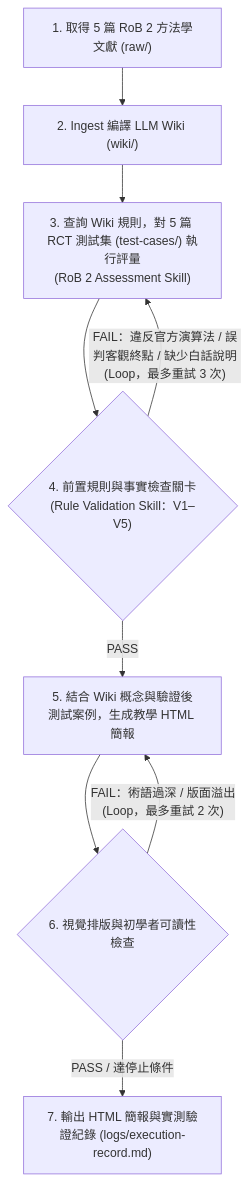
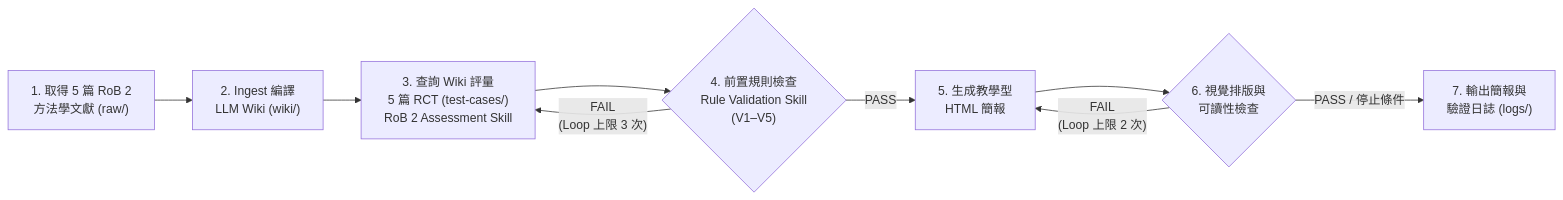
Before and after one commit to fjuhpc00625/rob2-llm-wiki: the diagram in README.md, drawn with Mermaid.

Commit message:
docs: change workflow flowchart in README to horizontal (LR)

````diff
--- a/README.md
+++ b/README.md
@@ -36,11 +36,11 @@
 ```mermaid
-flowchart TD
-    A["1. 取得 5 篇 RoB 2 方法學文獻 (raw/)"] --> B["2. Ingest 編譯 LLM Wiki (wiki/)"]
-    B --> C["3. 查詢 Wiki 規則，對 5 篇 RCT 測試集 (test-cases/) 執行評量<br/>(RoB 2 Assessment Skill)"]
-    C --> D{"4. 前置規則與事實檢查關卡<br/>(Rule Validation Skill：V1–V5)"}
-    D -- "FAIL：違反官方演算法 / 誤判客觀終點 / 缺少白話說明<br/>(Loop，最多重試 3 次)" --> C
-    D -- "PASS" --> E["5. 結合 Wiki 概念與驗證後測試案例，生成教學 HTML 簡報"]
-    E --> F{"6. 視覺排版與初學者可讀性檢查"}
-    F -- "FAIL：術語過深 / 版面溢出<br/>(Loop，最多重試 2 次)" --> E
-    F -- "PASS / 達停止條件" --> G["7. 輸出 HTML 簡報與實測驗證紀錄 (logs/execution-record.md)"]
+flowchart LR
+    A["1. 取得 5 篇 RoB 2<br/>方法學文獻 (raw/)"] --> B["2. Ingest 編譯<br/>LLM Wiki (wiki/)"]
+    B --> C["3. 查詢 Wiki 評量<br/>5 篇 RCT (test-cases/)<br/>RoB 2 Assessment Skill"]
+    C --> D{"4. 前置規則檢查<br/>Rule Validation Skill<br/>(V1–V5)"}
+    D -- "FAIL<br/>(Loop 上限 3 次)" --> C
+    D -- "PASS" --> E["5. 生成教學型<br/>HTML 簡報"]
+    E --> F{"6. 視覺排版與<br/>可讀性檢查"}
+    F -- "FAIL<br/>(Loop 上限 2 次)" --> E
+    F -- "PASS / 停止條件" --> G["7. 輸出簡報與<br/>驗證日誌 (logs/)"]
 ```
````
